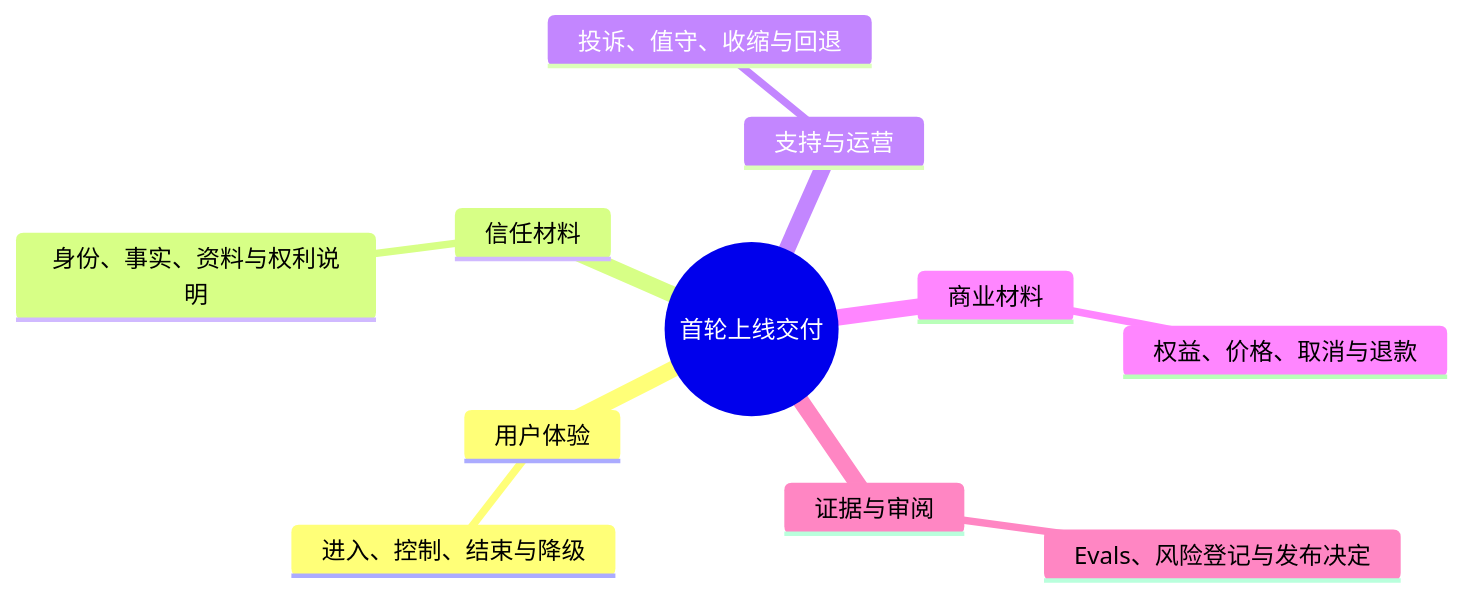
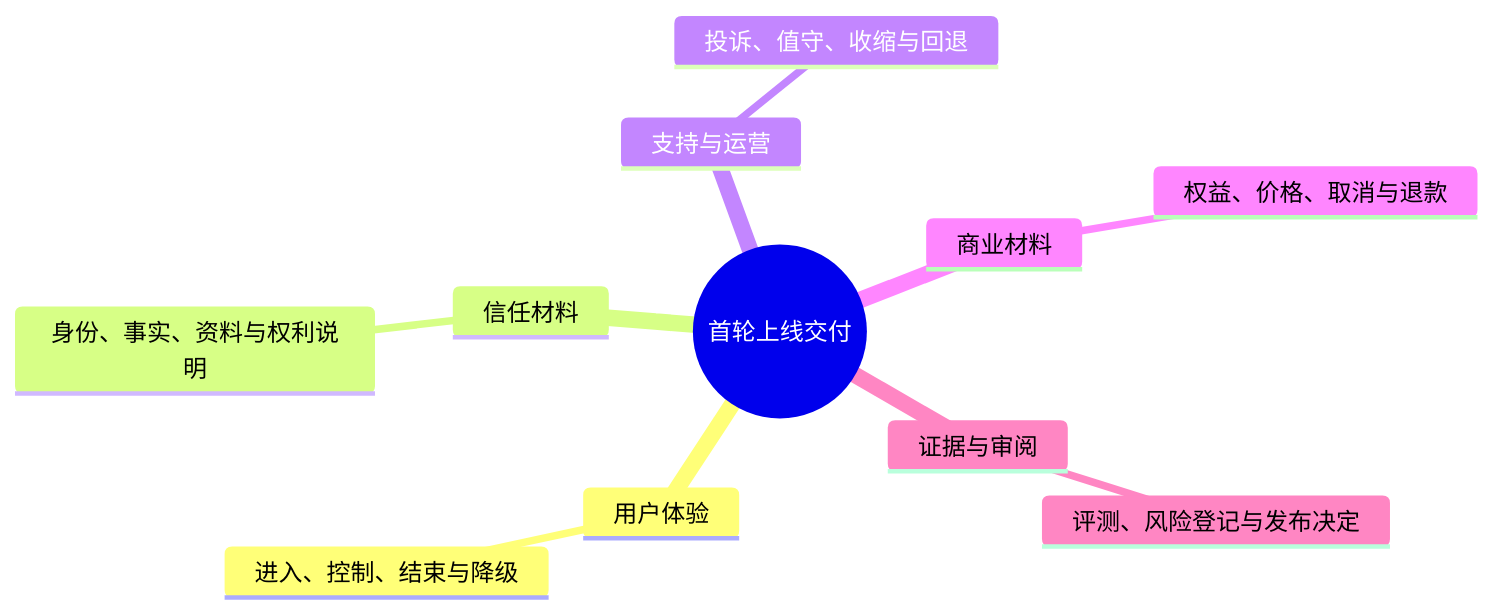
The diagram in docs/球球全套资料/6.上市与商业落地/61-上线交付物与发布清单.md (weiz98417-crypto/qiuqiu), drawn with Mermaid before and after one commit. The commit also changed other lines of this file and 5 other files, not shown here.

````diff
--- a/docs/球球全套资料/6.上市与商业落地/61-上线交付物与发布清单.md
+++ b/docs/球球全套资料/6.上市与商业落地/61-上线交付物与发布清单.md
@@ -5,14 +5,14 @@
 ```mermaid
 mindmap
   root((首轮上线交付))
     用户体验
       进入、控制、结束与降级
     信任材料
       身份、事实、资料与权利说明
     支持与运营
       投诉、值守、收缩与回退
     商业材料
       权益、价格、取消与退款
     证据与审阅
-      Evals、风险登记与发布决定
+      评测、风险登记与发布决定
 ```
````
